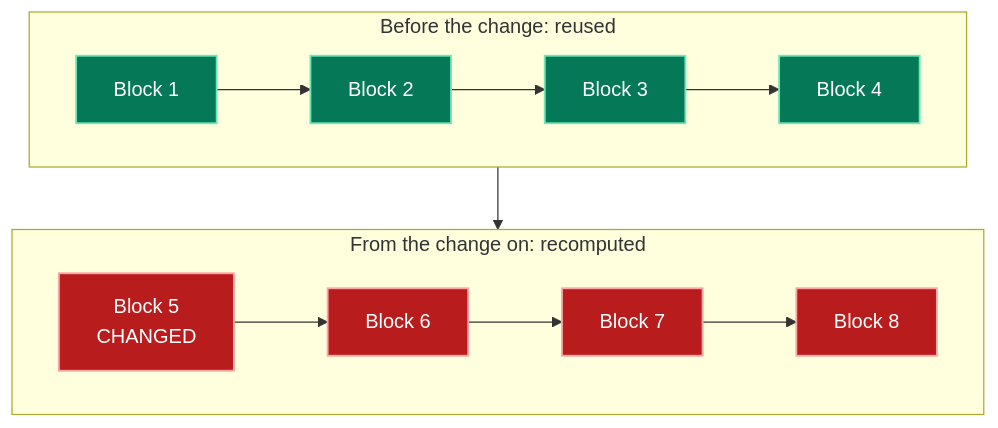
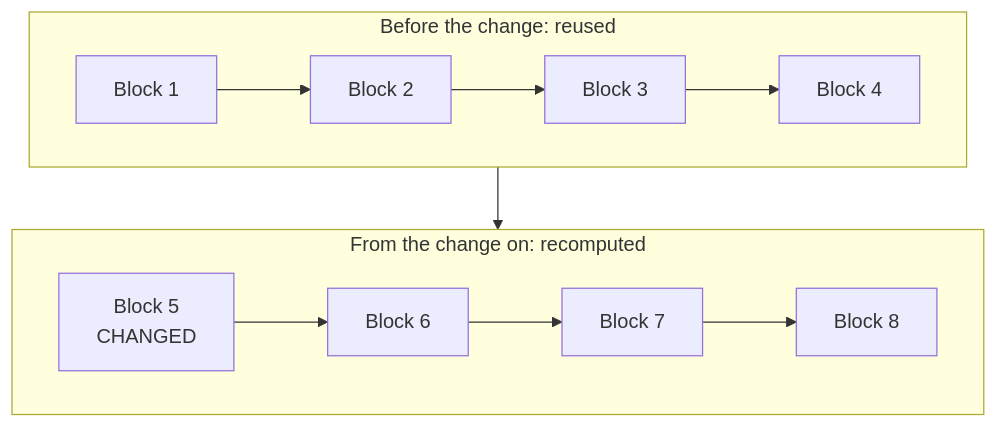
The second of 3 diagrams in src/content/blog/prompt-caching.md (g-savitha/gsavitha.in), drawn with Mermaid before and after one commit. The commit also changed other lines of this file and 6 other files, not shown here.

Commit message:
Mermaid: keep <br/> in labels, softer shared palette, drop temporary classDefs

````diff
--- a/src/content/blog/prompt-caching.md
+++ b/src/content/blog/prompt-caching.md
@@ -111,19 +92,14 @@
 ```mermaid
 flowchart TB
     subgraph TOP["Before the change: reused"]
         direction LR
         B1["Block 1"] --> B2["Block 2"] --> B3["Block 3"] --> B4["Block 4"]
     end
     subgraph BOT["From the change on: recomputed"]
         direction LR
-        B5["`Block 5
-        CHANGED`"]
-        B5 --> B6["Block 6"] --> B7["Block 7"] --> B8["Block 8"]
+        B5["Block 5<br/>CHANGED"] --> B6["Block 6"] --> B7["Block 7"] --> B8["Block 8"]
     end
     TOP --> BOT
     class B1,B2,B3,B4 hit
     class B5,B6,B7,B8 miss
-    %% Temporary: remove these classDefs once PR #25 (shared mermaid theme) is merged.
-    classDef hit fill:#047857,stroke:#6ee7b7,stroke-width:1.5px,color:#ffffff
-    classDef miss fill:#b91c1c,stroke:#fca5a5,stroke-width:1.5px,color:#ffffff
 ```
````
